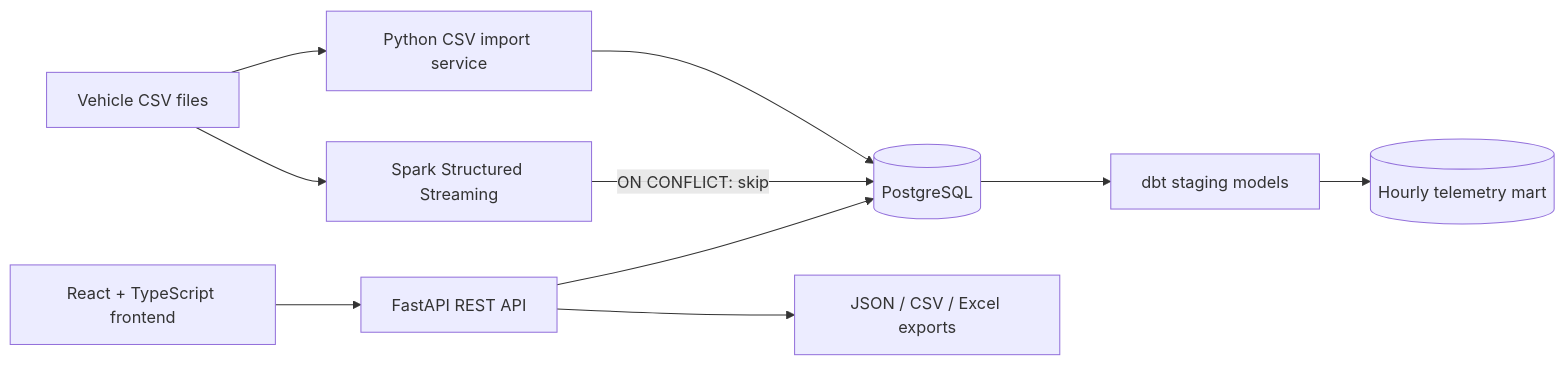
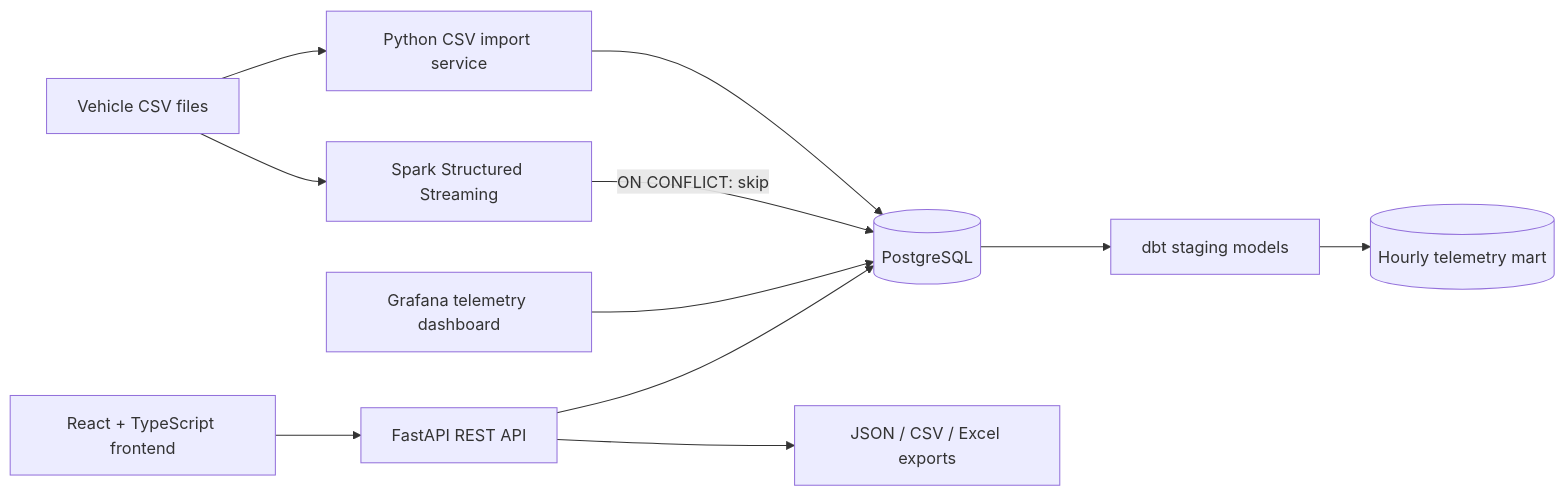
Before and after one commit to MDSYN2019/volteras_test: the diagram in README.md, drawn with Mermaid. The commit also changed other lines of this file and 6 other files, not shown here.

Commit message:
Add provisioned Grafana telemetry dashboard

````diff
--- a/README.md
+++ b/README.md
@@ -26,14 +27,15 @@
 ```mermaid
 flowchart LR
     CSV[Vehicle CSV files] --> Loader[Python CSV import service]
     CSV --> Spark[Spark Structured Streaming]
     Loader --> DB[(PostgreSQL)]
     Spark -->|ON CONFLICT: skip| DB
 
     UI[React + TypeScript frontend] --> API[FastAPI REST API]
+    Grafana[Grafana telemetry dashboard] --> DB
     API --> DB
 
     API --> Export[JSON / CSV / Excel exports]
     DB --> dbt[dbt staging models]
     dbt --> Mart[(Hourly telemetry mart)]
 ```
````
